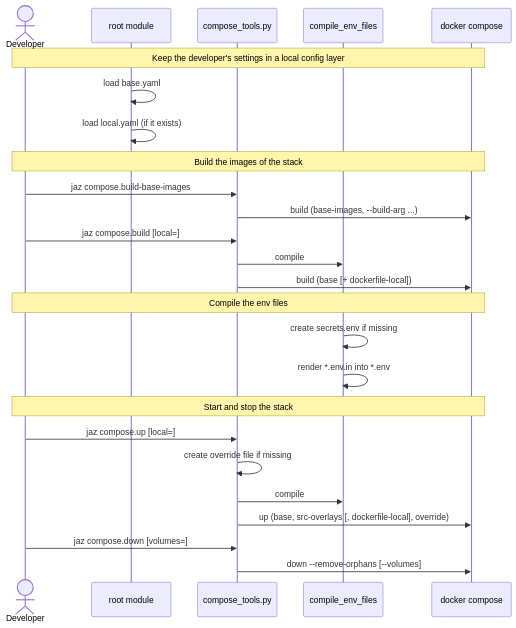
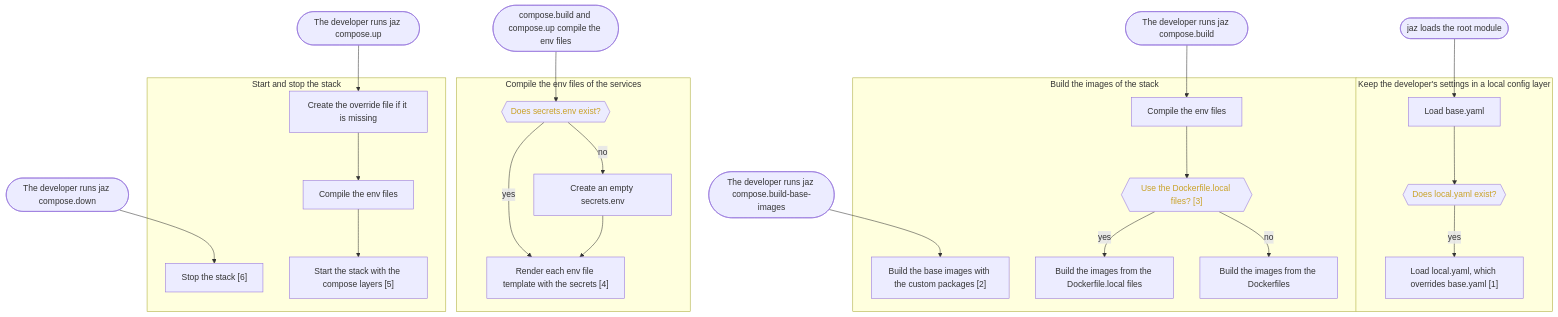
Before and after one commit to mnieber/mn-prompts: the diagram in extra/prompts/examples/blogs/doc/spec/using_the_local_env/scenarios/s20_a_developer_builds_and_starts_the_stack.md, drawn with Mermaid. The commit also changed other lines of this file and 28 other files, not shown here.

Commit message:
Update skills to use flow-charts instead of sequence diagrams

````diff
--- a/extra/prompts/examples/blogs/doc/spec/using_the_local_env/scenarios/s20_a_developer_builds_and_starts_the_stack.md
+++ b/extra/prompts/examples/blogs/doc/spec/using_the_local_env/scenarios/s20_a_developer_builds_and_starts_the_stack.md
@@ -50,31 +12,39 @@
 ```mermaid
-sequenceDiagram
-    actor Developer
-    participant Root as root module
-    participant CT as compose_tools.py
-    participant CEF as compile_env_files
-    participant DC as docker compose
+flowchart TD
+    load(["jaz loads the root module"]) --> base
 
-    Note over Developer,DC: Keep the developer's settings in a local config layer
-    Root->>Root: load base.yaml
-    Root->>Root: load local.yaml (if it exists)
+    subgraph settings ["Keep the developer's settings in a local config layer"]
+        base["Load base.yaml"] --> has_local{{"Does local.yaml exist?"}}:::choice
+        has_local -- yes --> local["Load local.yaml, which overrides base.yaml [1]"]
+    end
 
-    Note over Developer,DC: Build the images of the stack
-    Developer->>CT: jaz compose.build-base-images
-    CT->>DC: build (base-images, --build-arg ...)
-    Developer->>CT: jaz compose.build [local=]
-    CT->>CEF: compile
-    CT->>DC: build (base [+ dockerfile-local])
+    build_base(["The developer runs jaz compose.build-base-images"]) --> base_images
+    build_stack(["The developer runs jaz compose.build"]) --> compile_for_build
 
-    Note over Developer,DC: Compile the env files
-    CEF->>CEF: create secrets.env if missing
-    CEF->>CEF: render *.env.in into *.env
+    subgraph build ["Build the images of the stack"]
+        base_images["Build the base images with the custom packages [2]"]
+        compile_for_build["Compile the env files"] --> use_local{{"Use the Dockerfile.local files? [3]"}}:::choice
+        use_local -- yes --> local_images["Build the images from the Dockerfile.local files"]
+        use_local -- no --> images["Build the images from the Dockerfiles"]
+    end
 
-    Note over Developer,DC: Start and stop the stack
-    Developer->>CT: jaz compose.up [local=]
-    CT->>CT: create override file if missing
-    CT->>CEF: compile
-    CT->>DC: up (base, src-overlays [, dockerfile-local], override)
-    Developer->>CT: jaz compose.down [volumes=]
-    CT->>DC: down --remove-orphans [--volumes]
+    compile(["compose.build and compose.up compile the env files"]) --> has_secrets
+
+    subgraph env_files ["Compile the env files of the services"]
+        has_secrets{{"Does secrets.env exist?"}}:::choice
+        has_secrets -- no --> create_secrets["Create an empty secrets.env"]
+        has_secrets -- yes --> render["Render each env file template with the secrets [4]"]
+        create_secrets --> render
+    end
+
+    up(["The developer runs jaz compose.up"]) --> override
+    down(["The developer runs jaz compose.down"]) --> stop
+
+    subgraph start_and_stop ["Start and stop the stack"]
+        override["Create the override file if it is missing"] --> compile_for_up["Compile the env files"]
+        compile_for_up --> start["Start the stack with the compose layers [5]"]
+        stop["Stop the stack [6]"]
+    end
+
+    classDef choice color:#c9a227
 ```
````
